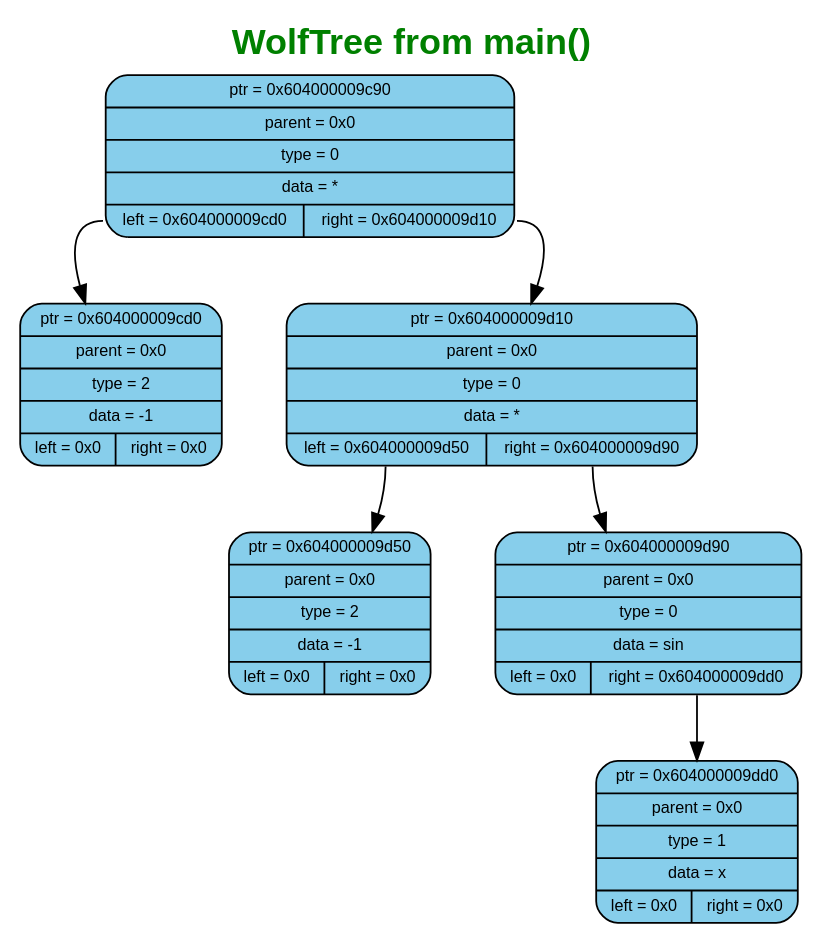
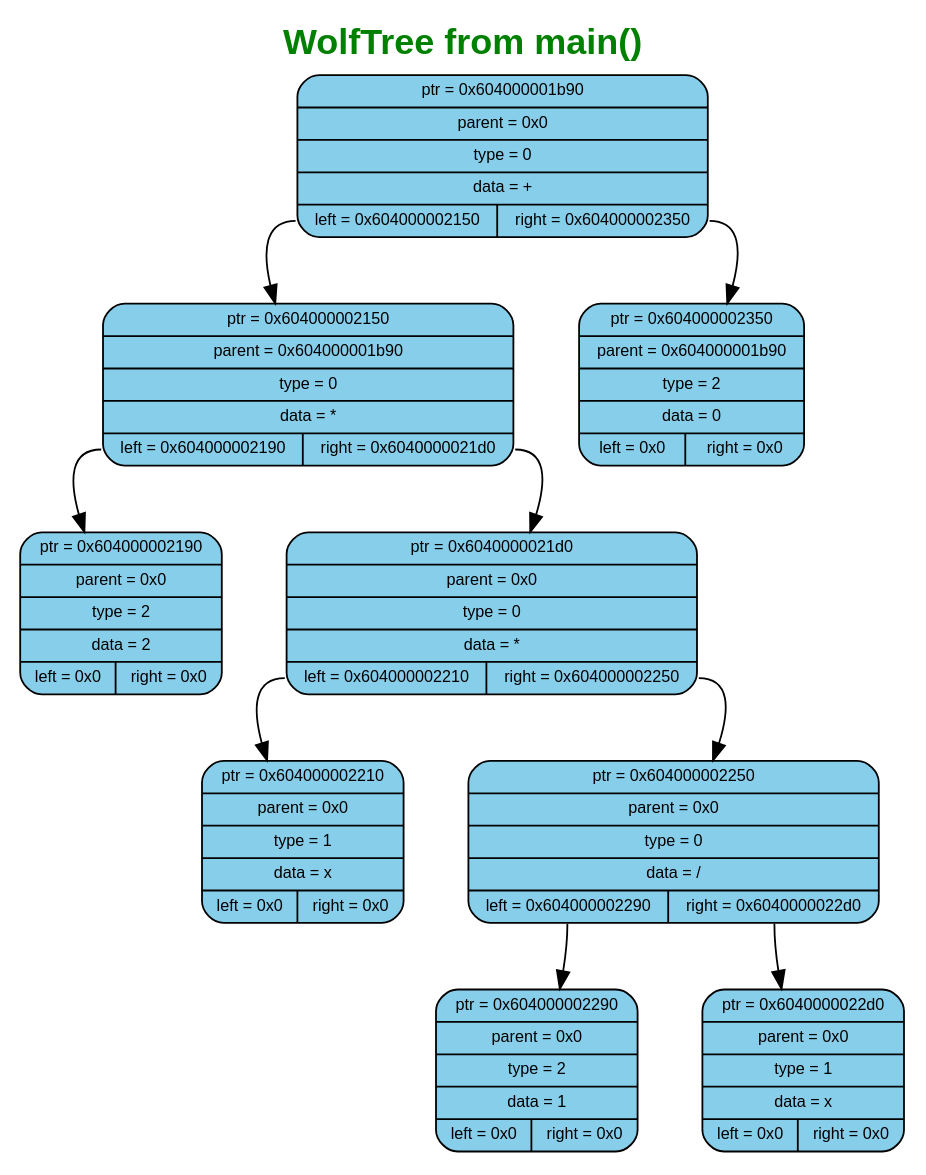
The diagram in WOLFRAM_SIGMA/ReportFiles/graphs/graph3/wolf.dot (murugov/WolframSigma), drawn with Graphviz before and after one commit. The commit also changed 54 other files, not shown here.

```diff
--- a/WOLFRAM_SIGMA/ReportFiles/graphs/graph3/wolf.dot
+++ b/WOLFRAM_SIGMA/ReportFiles/graphs/graph3/wolf.dot
@@ -1,25 +1,31 @@
 digraph G {
 	label=<<B>WolfTree from main()</B>>;
 	fontcolor="#008000";
 	fontname="Arial";
 	labelloc="top";
 	labeljust="center";
 	fontsize=20;
 	rankdir=TB;
 	center=true;
 	nodesep=0.5;
 	ranksep=0.5;
 	node[fontsize=9, shape=box, width=0.7, height=0.4, style="filled, rounded", fontname="Arial"];
 
-	n0 [shape=record, label="{ptr = 0x604000009c90 | parent = 0x0 | type = 0 | data = * | {<left> left = 0x604000009cd0 | <right> right = 0x604000009d10}}", fillcolor="#87CEEB", color="black"]
-	n1 [shape=record, label="{ptr = 0x604000009cd0 | parent = 0x0 | type = 2 | data = -1 | {<left> left = 0x0 | <right> right = 0x0}}", fillcolor="#87CEEB", color="black"]
+	n0 [shape=record, label="{ptr = 0x604000001b90 | parent = 0x0 | type = 0 | data = + | {<left> left = 0x604000002150 | <right> right = 0x604000002350}}", fillcolor="#87CEEB", color="black"]
+	n1 [shape=record, label="{ptr = 0x604000002150 | parent = 0x604000001b90 | type = 0 | data = * | {<left> left = 0x604000002190 | <right> right = 0x6040000021d0}}", fillcolor="#87CEEB", color="black"]
 	n0:left -> n1
-	n2 [shape=record, label="{ptr = 0x604000009d10 | parent = 0x0 | type = 0 | data = * | {<left> left = 0x604000009d50 | <right> right = 0x604000009d90}}", fillcolor="#87CEEB", color="black"]
+	n2 [shape=record, label="{ptr = 0x604000002350 | parent = 0x604000001b90 | type = 2 | data = 0 | {<left> left = 0x0 | <right> right = 0x0}}", fillcolor="#87CEEB", color="black"]
 	n0:right -> n2
-	n3 [shape=record, label="{ptr = 0x604000009d50 | parent = 0x0 | type = 2 | data = -1 | {<left> left = 0x0 | <right> right = 0x0}}", fillcolor="#87CEEB", color="black"]
-	n2:left -> n3
-	n4 [shape=record, label="{ptr = 0x604000009d90 | parent = 0x0 | type = 0 | data = sin | {<left> left = 0x0 | <right> right = 0x604000009dd0}}", fillcolor="#87CEEB", color="black"]
-	n2:right -> n4
-	n5 [shape=record, label="{ptr = 0x604000009dd0 | parent = 0x0 | type = 1 | data = x | {<left> left = 0x0 | <right> right = 0x0}}", fillcolor="#87CEEB", color="black"]
-	n4:right -> n5
+	n3 [shape=record, label="{ptr = 0x604000002190 | parent = 0x0 | type = 2 | data = 2 | {<left> left = 0x0 | <right> right = 0x0}}", fillcolor="#87CEEB", color="black"]
+	n1:left -> n3
+	n4 [shape=record, label="{ptr = 0x6040000021d0 | parent = 0x0 | type = 0 | data = * | {<left> left = 0x604000002210 | <right> right = 0x604000002250}}", fillcolor="#87CEEB", color="black"]
+	n1:right -> n4
+	n5 [shape=record, label="{ptr = 0x604000002210 | parent = 0x0 | type = 1 | data = x | {<left> left = 0x0 | <right> right = 0x0}}", fillcolor="#87CEEB", color="black"]
+	n4:left -> n5
+	n6 [shape=record, label="{ptr = 0x604000002250 | parent = 0x0 | type = 0 | data = / | {<left> left = 0x604000002290 | <right> right = 0x6040000022d0}}", fillcolor="#87CEEB", color="black"]
+	n4:right -> n6
+	n7 [shape=record, label="{ptr = 0x604000002290 | parent = 0x0 | type = 2 | data = 1 | {<left> left = 0x0 | <right> right = 0x0}}", fillcolor="#87CEEB", color="black"]
+	n6:left -> n7
+	n8 [shape=record, label="{ptr = 0x6040000022d0 | parent = 0x0 | type = 1 | data = x | {<left> left = 0x0 | <right> right = 0x0}}", fillcolor="#87CEEB", color="black"]
+	n6:right -> n8
 }
```
